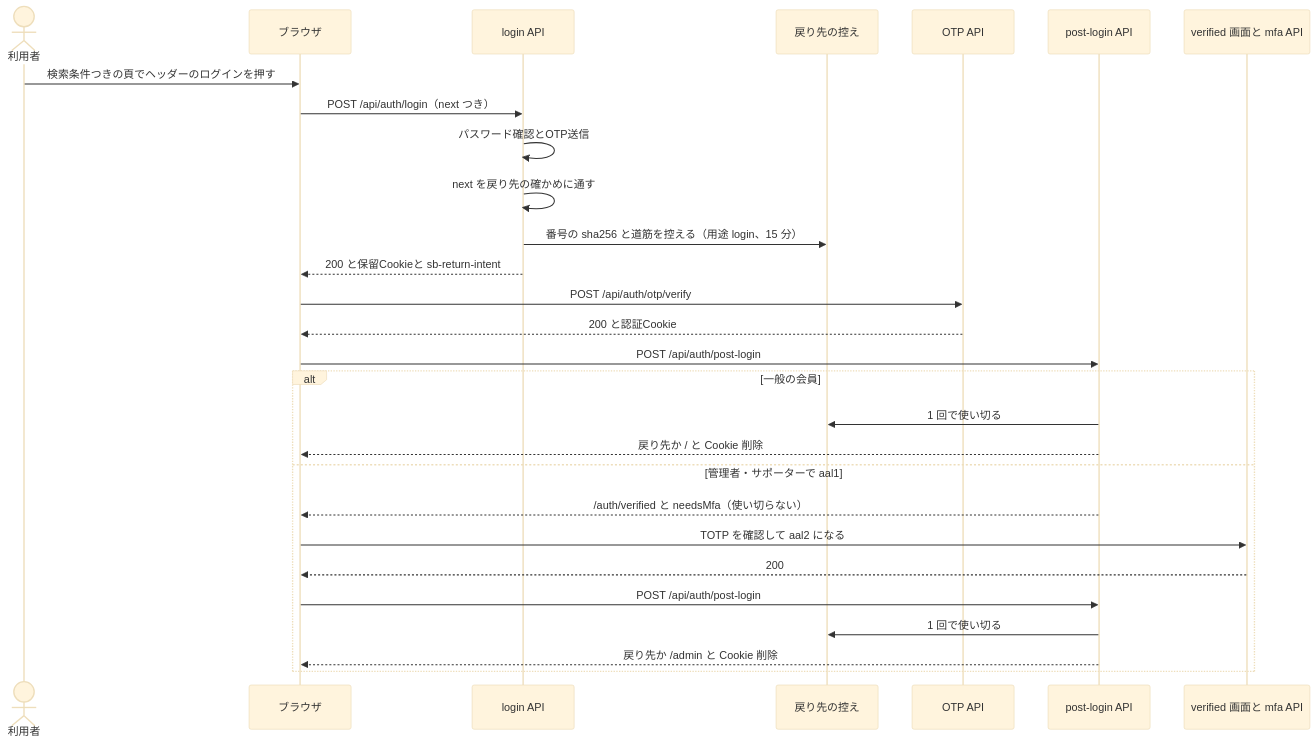
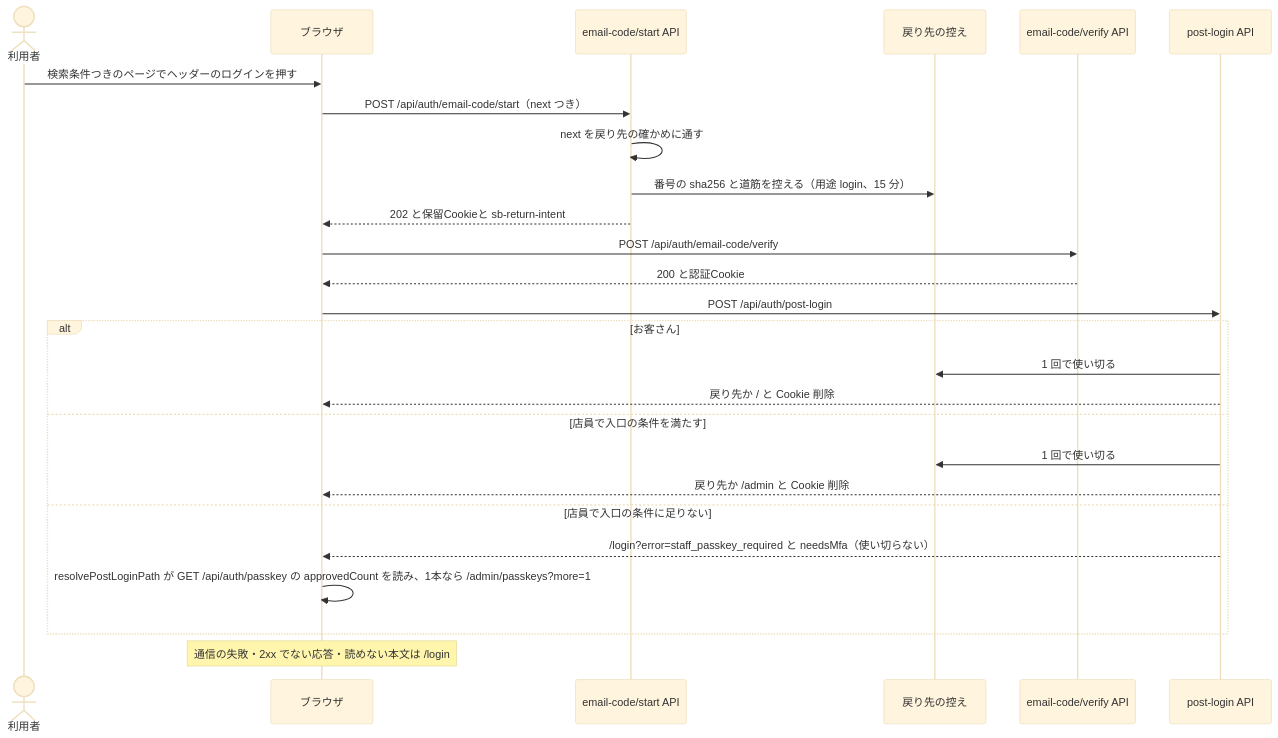
Before and after one commit to ChocoWork/o_official: the diagram in docs/04_DetailDesign/sequence/auth-login-mfa.md, drawn with Mermaid (base theme). The commit also changed other lines of this file and 15 other files, not shown here.

````diff
--- a/docs/04_DetailDesign/sequence/auth-login-mfa.md
+++ b/docs/04_DetailDesign/sequence/auth-login-mfa.md
@@ -32,30 +32,28 @@
 ```mermaid
 sequenceDiagram
   actor User as 利用者
   participant UI as ブラウザ
-  participant Login as login API
+  participant Start as email-code/start API
   participant Store as 戻り先の控え
-  participant OTP as OTP API
+  participant Verify as email-code/verify API
   participant Post as post-login API
-  participant Totp as verified 画面と mfa API
-  User->>UI: 検索条件つきの頁でヘッダーのログインを押す
-  UI->>Login: POST /api/auth/login（next つき）
-  Login->>Login: パスワード確認とOTP送信
-  Login->>Login: next を戻り先の確かめに通す
-  Login->>Store: 番号の sha256 と道筋を控える（用途 login、15 分）
-  Login-->>UI: 200 と保留Cookieと sb-return-intent
-  UI->>OTP: POST /api/auth/otp/verify
-  OTP-->>UI: 200 と認証Cookie
+  User->>UI: 検索条件つきのページでヘッダーのログインを押す
+  UI->>Start: POST /api/auth/email-code/start（next つき）
+  Start->>Start: next を戻り先の確かめに通す
+  Start->>Store: 番号の sha256 と道筋を控える（用途 login、15 分）
+  Start-->>UI: 202 と保留Cookieと sb-return-intent
+  UI->>Verify: POST /api/auth/email-code/verify
+  Verify-->>UI: 200 と認証Cookie
   UI->>Post: POST /api/auth/post-login
-  alt 一般の会員
+  alt お客さん
     Post->>Store: 1 回で使い切る
     Post-->>UI: 戻り先か / と Cookie 削除
-  else 管理者・サポーターで aal1
-    Post-->>UI: /auth/verified と needsMfa（使い切らない）
-    UI->>Totp: TOTP を確認して aal2 になる
-    Totp-->>UI: 200
-    UI->>Post: POST /api/auth/post-login
+  else 店員で入口の条件を満たす
     Post->>Store: 1 回で使い切る
     Post-->>UI: 戻り先か /admin と Cookie 削除
+  else 店員で入口の条件に足りない
+    Post-->>UI: /login?error=staff_passkey_required と needsMfa（使い切らない）
+    UI->>UI: resolvePostLoginPath が GET /api/auth/passkey の approvedCount を読み、1本なら /admin/passkeys?more=1
   end
+  Note over UI: 通信の失敗・2xx でない応答・読めない本文は /login
 ```
````
